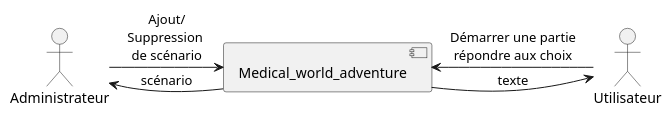
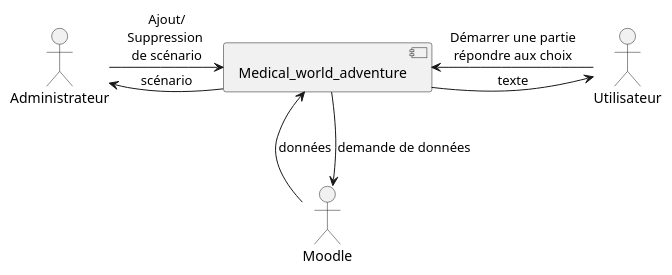
Before and after one commit to Serious-game-textuel/doc: the first of 3 diagrams in diagrammes.md, drawn with PlantUML. The commit also changed other lines of this file and 1 other file, not shown here.

````diff
--- a/diagrammes.md
+++ b/diagrammes.md
@@ -3,17 +3,21 @@
 ```plantuml 
 
 @startuml Context-Diagram
 
 Component Medical_world_adventure as Mwa
 actor Utilisateur as util
 actor Administrateur as admin
+actor Moodle as moodle
 
 
 util -left-> Mwa : Démarrer une partie\nrépondre aux choix
 util <-left- Mwa : texte
+
+moodle -up->Mwa : données 
+moodle <-up-Mwa : demande de données
 
 admin -right-> Mwa : Ajout/\nSuppression \nde scénario
 admin <-right- Mwa : scénario
 
 @enduml
 ```
````
